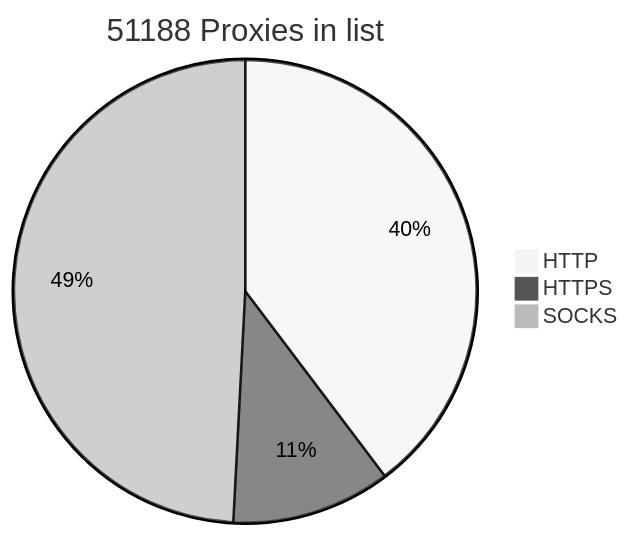
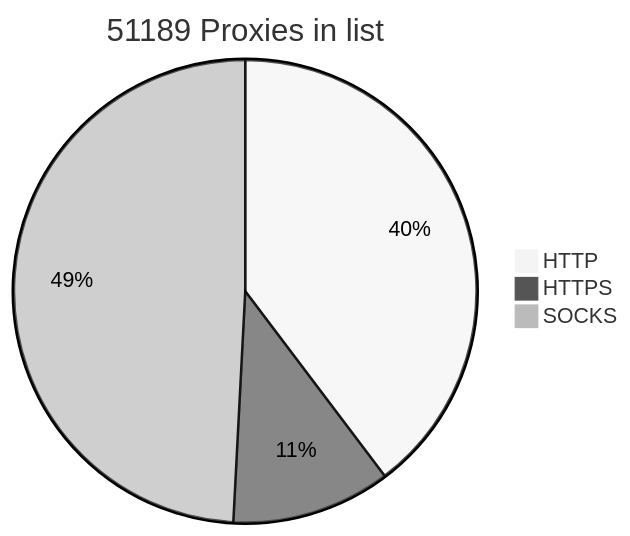
The diagram in README.md (BlackSnowDot/proxylist-update-every-minute), drawn with Mermaid (neutral theme) before and after one commit.

````diff
--- a/README.md
+++ b/README.md
@@ -2,6 +2,6 @@
 ```mermaid
-pie title 51188 Proxies in list
+pie title 51189 Proxies in list
     "HTTP" : 22558
     "HTTPS": 6313
-    "SOCKS" : 27935
+    "SOCKS" : 27936
 ```
````
